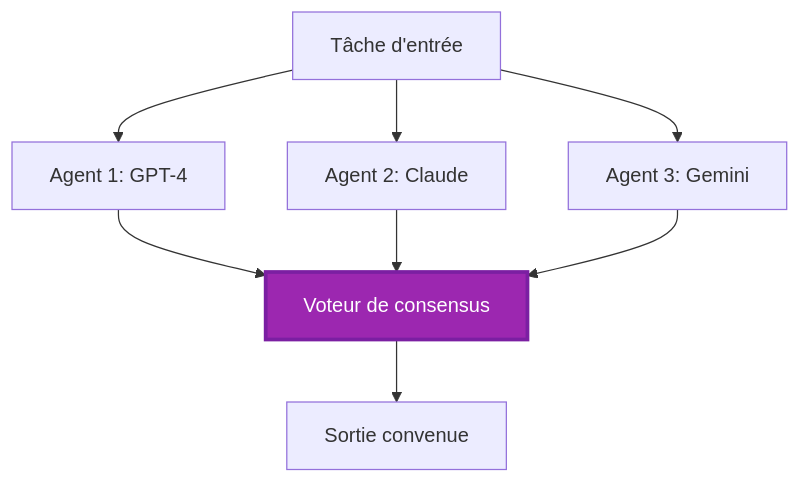
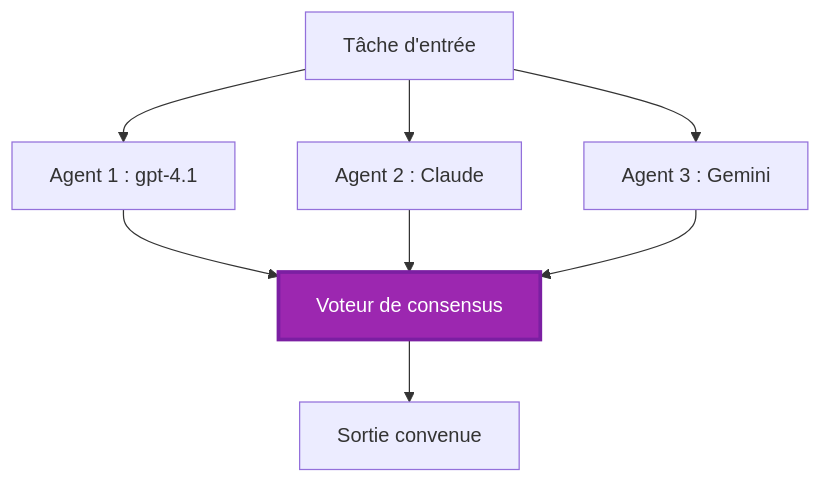
One commit to microsoft/AZD-for-beginners changed the fifth of 6 diagrams in translations/fr/docs/chapter-06-pre-deployment/coordination-patterns.md. Above: the diagram before and after it, drawn with Mermaid. The commit also changed other lines of this file and 101 other files, not shown here.

````diff
--- a/translations/fr/docs/chapter-06-pre-deployment/coordination-patterns.md
+++ b/translations/fr/docs/chapter-06-pre-deployment/coordination-patterns.md
@@ -231,19 +227,19 @@
 ```mermaid
 graph TB
     Input[Tâche d'entrée]
-    Agent1[Agent 1: GPT-4]
-    Agent2[Agent 2: Claude]
-    Agent3[Agent 3: Gemini]
+    Agent1[Agent 1 : gpt-4.1]
+    Agent2[Agent 2 : Claude]
+    Agent3[Agent 3 : Gemini]
     Voter[Voteur de consensus]
     Output[Sortie convenue]
     
     Input --> Agent1
     Input --> Agent2
     Input --> Agent3
     Agent1 --> Voter
     Agent2 --> Voter
     Agent3 --> Voter
     Voter --> Output
     
     style Voter fill:#9C27B0,stroke:#7B1FA2,stroke-width:3px,color:#fff
 ```
````
